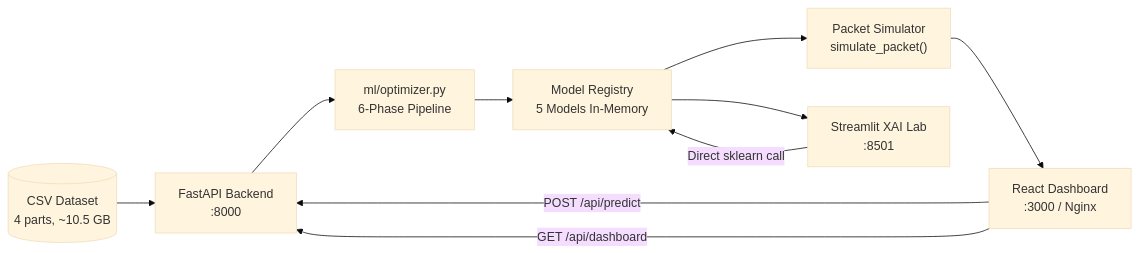
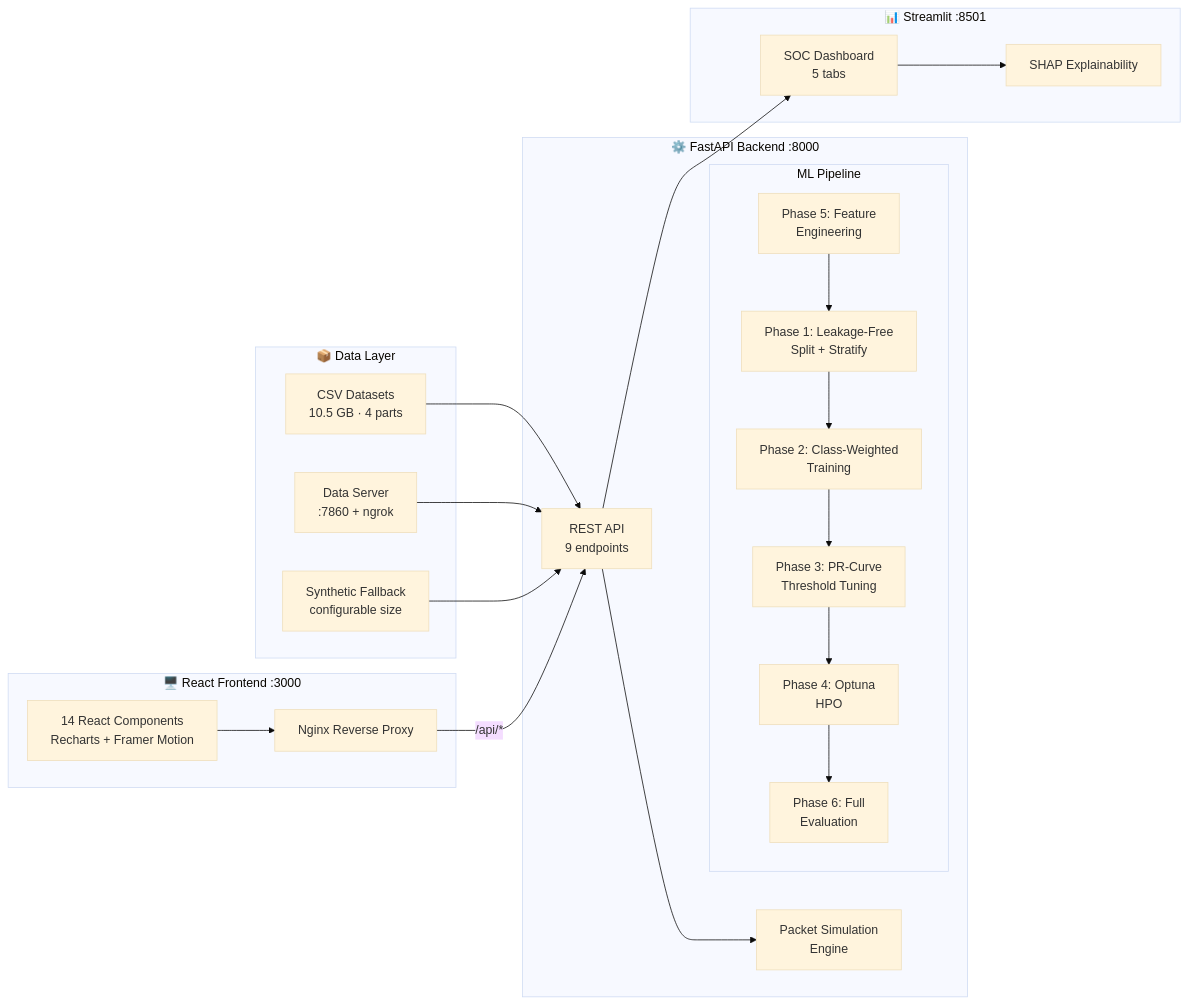
Before and after one commit to SoubhagyaJain/Cyber-system: the diagram in README.md, drawn with Mermaid (base theme). The commit also changed other lines of this file, not shown here.

````diff
--- a/README.md
+++ b/README.md
@@ -82,20 +84,41 @@
 ```mermaid
 flowchart LR
-    CSV[("CSV Dataset\n4 parts, ~10.5 GB")]
-    BE["FastAPI Backend\n:8000"]
-    OPT["ml/optimizer.py\n6-Phase Pipeline"]
-    REG["Model Registry\n5 Models In-Memory"]
-    SIM["Packet Simulator\nsimulate_packet()"]
-    FE["React Dashboard\n:3000 / Nginx"]
-    ST["Streamlit XAI Lab\n:8501"]
+    subgraph Data["📦 Data Layer"]
+        CSV["CSV Datasets<br/>10.5 GB · 4 parts"]
+        DS["Data Server<br/>:7860 + ngrok"]
+        SYN["Synthetic Fallback<br/>configurable size"]
+    end
 
-    CSV --> BE
-    BE --> OPT
-    OPT --> REG
-    REG --> SIM
-    SIM --> FE
-    REG --> ST
-    FE -- "POST /api/predict" --> BE
-    FE -- "GET /api/dashboard" --> BE
-    ST -- "Direct sklearn call" --> REG
+    subgraph Backend["⚙️ FastAPI Backend :8000"]
+        API["REST API<br/>9 endpoints"]
+        subgraph ML["ML Pipeline"]
+            FE["Phase 5: Feature<br/>Engineering"]
+            SP["Phase 1: Leakage-Free<br/>Split + Stratify"]
+            TR["Phase 2: Class-Weighted<br/>Training"]
+            TH["Phase 3: PR-Curve<br/>Threshold Tuning"]
+            HP["Phase 4: Optuna<br/>HPO"]
+            EV["Phase 6: Full<br/>Evaluation"]
+        end
+        SIM["Packet Simulation<br/>Engine"]
+    end
+
+    subgraph Frontend["🖥️ React Frontend :3000"]
+        NG["Nginx Reverse Proxy"]
+        RC["14 React Components<br/>Recharts + Framer Motion"]
+    end
+
+    subgraph Streamlit["📊 Streamlit :8501"]
+        ST["SOC Dashboard<br/>5 tabs"]
+        XAI["SHAP Explainability"]
+    end
+
+    CSV --> API
+    DS --> API
+    SYN --> API
+    FE --> SP --> TR --> TH --> HP --> EV
+    API --> SIM
+    NG -- "/api/*" --> API
+    RC --> NG
+    API --> ST
+    ST --> XAI
 ```
````
